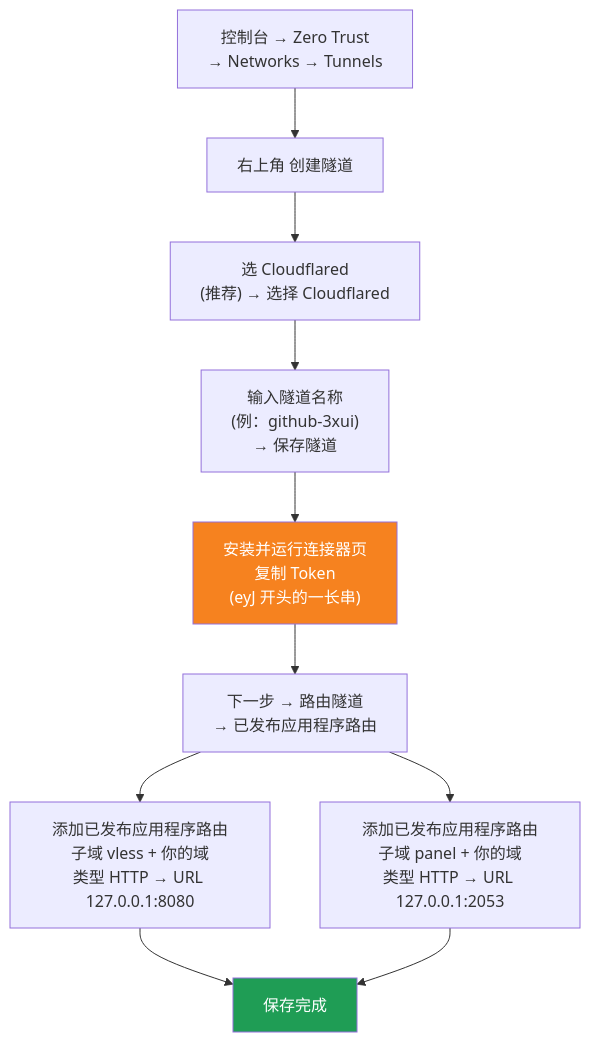
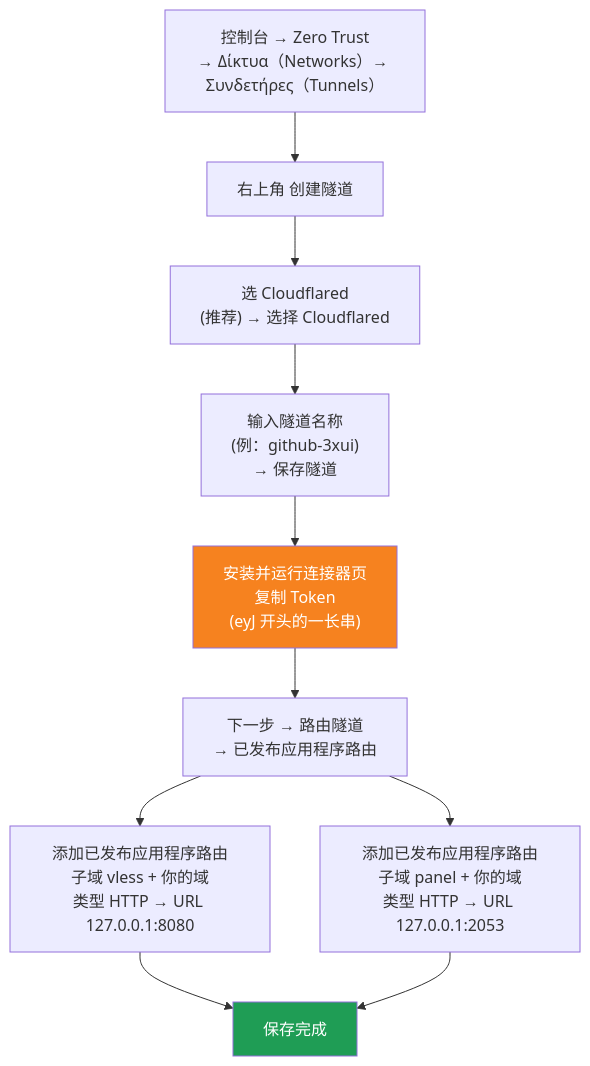
Before and after one commit to 1246437945/cloud-3xui: the third of 3 diagrams in README.gr.md, drawn with Mermaid. The commit also changed other lines of this file, not shown here.

Commit message:
docs: UI labels

````diff
--- a/README.gr.md
+++ b/README.gr.md
@@ -72,15 +72,15 @@
 ```mermaid
 flowchart TD
-    A["控制台 → Zero Trust<br/>→ Networks → Tunnels"] --> B["右上角 创建隧道"]
+    A["控制台 → Zero Trust<br/>→ Δίκτυα（Networks）→ Συνδετήρες（Tunnels）"] --> B["右上角 创建隧道"]
     B --> C["选 Cloudflared<br/>(推荐) → 选择 Cloudflared"]
     C --> D["输入隧道名称<br/>(例：github-3xui)<br/>→ 保存隧道"]
     D --> E["安装并运行连接器页<br/>复制 Token<br/>(eyJ 开头的一长串)"]
     E --> F["下一步 → 路由隧道<br/>→ 已发布应用程序路由"]
     F --> G["添加已发布应用程序路由<br/>子域 vless + 你的域<br/>类型 HTTP → URL 127.0.0.1:8080"]
     F --> H["添加已发布应用程序路由<br/>子域 panel + 你的域<br/>类型 HTTP → URL 127.0.0.1:2053"]
     G --> I["保存完成"]
     H --> I
 
     style E fill:#f6821f,color:#fff
     style I fill:#1f9d55,color:#fff
 ```
````
